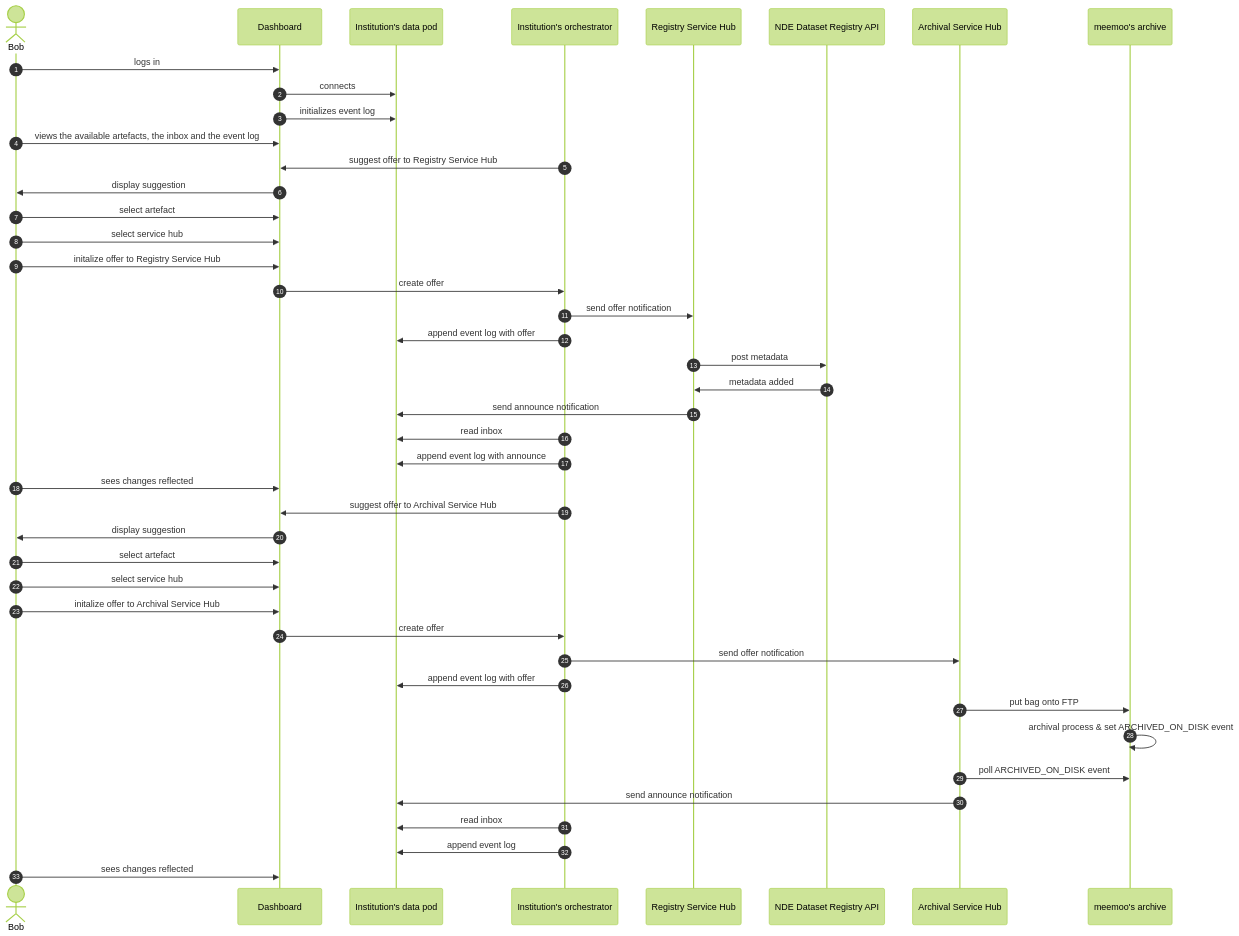
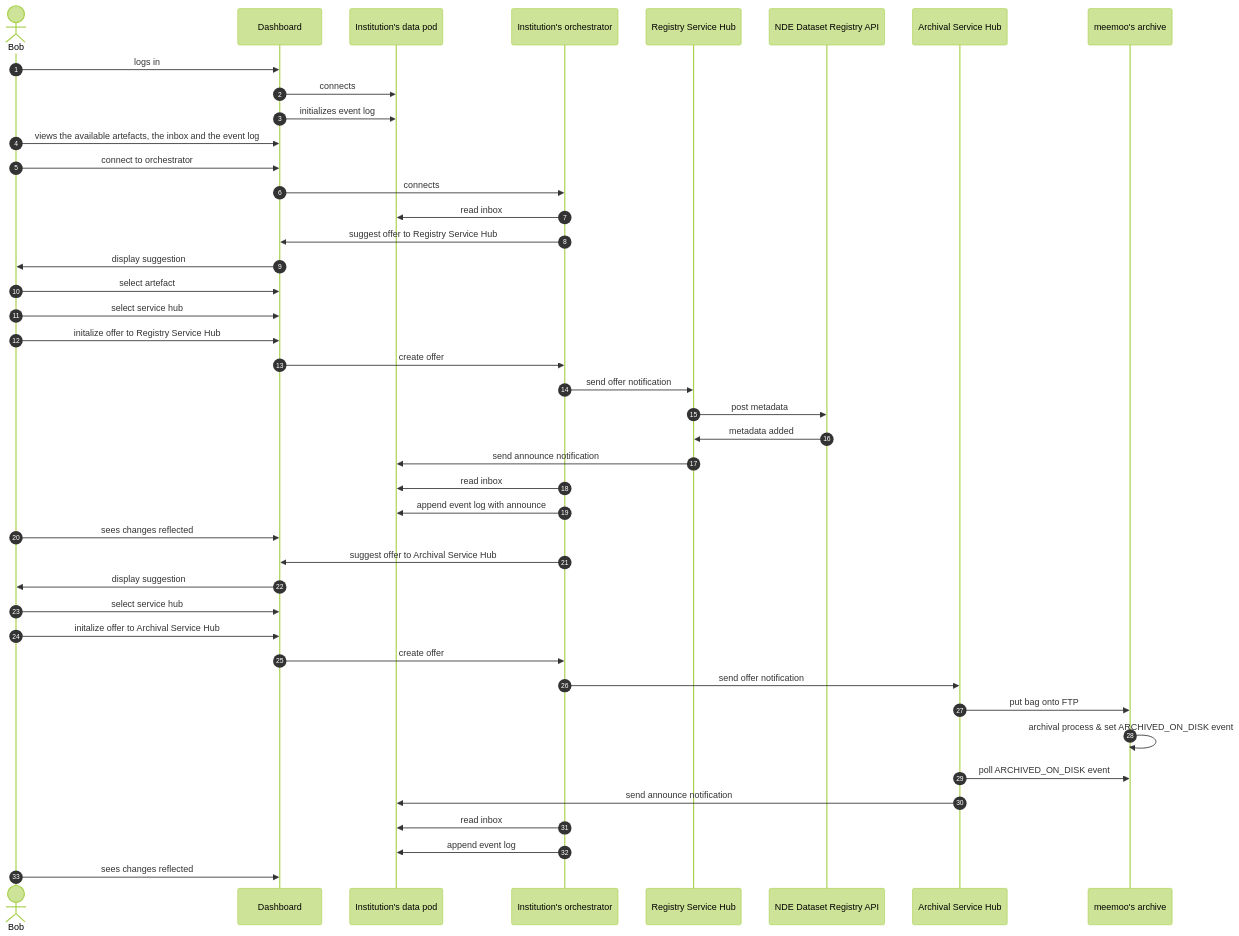
Before and after one commit to CRISalid-esr/spec-usecases: the diagram in diagrams/heritage/bob-requests-service.md, drawn with Mermaid (forest theme). The commit also changed 3 other files, not shown here.

Commit message:
Adjust text to diagram

````diff
--- a/diagrams/heritage/bob-requests-service.md
+++ b/diagrams/heritage/bob-requests-service.md
@@ -1,48 +1,48 @@
 ```mermaid
 sequenceDiagram
     actor Bob
     participant DA as Dashboard
     participant BP as Institution's data pod
     participant BO as Institution's orchestrator
     participant RSH as Registry Service Hub
     participant DR as NDE Dataset Registry API
     participant ASH as Archival Service Hub
     participant MA as meemoo's archive
 
     autonumber
     Bob ->> DA: logs in
     DA ->> BP: connects
     DA  ->> BP: initializes event log
     Bob ->> DA: views the available artefacts, the inbox and the event log
-    
+    Bob ->> DA: connect to orchestrator
+    DA ->> BO: connects
+
+    BO ->> BP: read inbox
     BO ->> DA: suggest offer to Registry Service Hub
     DA ->> Bob: display suggestion
     Bob ->> DA: select artefact
     Bob ->> DA: select service hub
     Bob ->> DA: initalize offer to Registry Service Hub
     DA ->> BO: create offer
     BO ->> RSH: send offer notification
-    BO ->> BP: append event log with offer
     RSH ->> DR: post metadata
     DR ->> RSH: metadata added
     RSH ->> BP: send announce notification
     BO ->> BP: read inbox
     BO ->> BP: append event log with announce
     Bob ->> DA: sees changes reflected
 
     BO ->> DA: suggest offer to Archival Service Hub
     DA ->> Bob: display suggestion
-    Bob ->> DA: select artefact
     Bob ->> DA: select service hub
     Bob ->> DA: initalize offer to Archival Service Hub
     DA ->> BO: create offer
     BO ->> ASH: send offer notification
-    BO ->> BP: append event log with offer
     ASH ->> MA: put bag onto FTP
     MA ->> MA: archival process & set ARCHIVED_ON_DISK event 
     ASH ->> MA: poll ARCHIVED_ON_DISK event
     ASH ->> BP: send announce notification
     BO ->> BP: read inbox
     BO ->> BP: append event log
     Bob ->> DA: sees changes reflected
 ```
````
